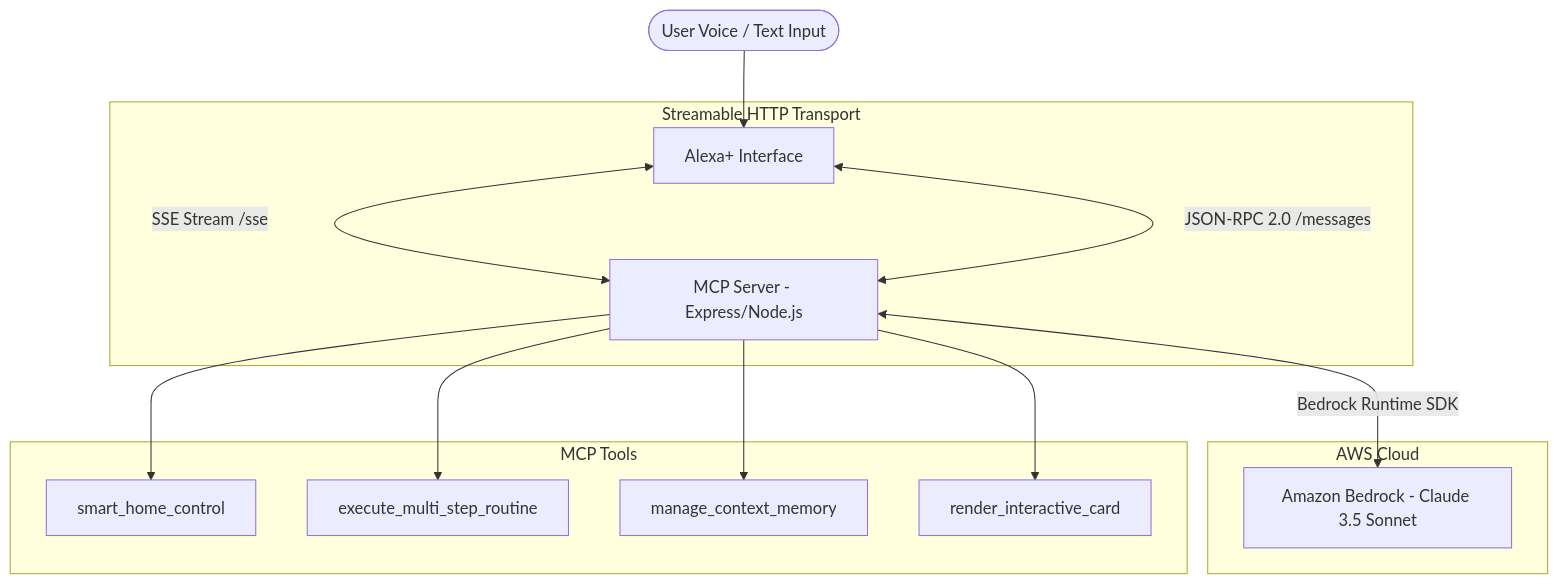
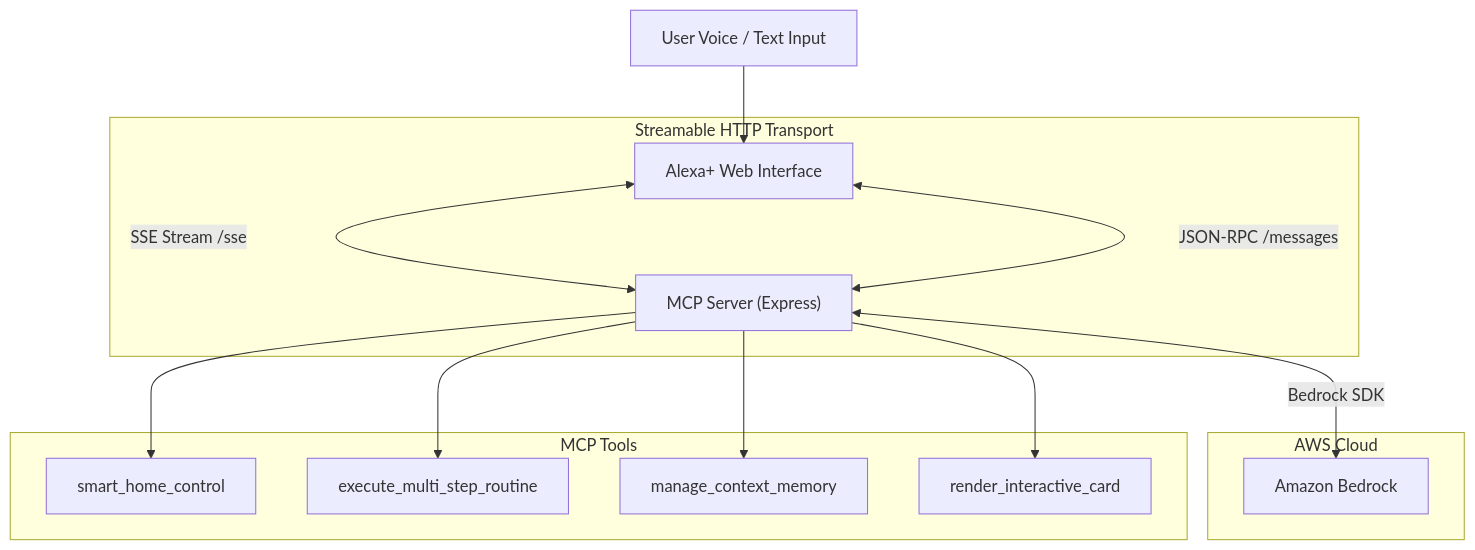
One commit to Sidopolis/ambient-alexa-mcp changed the diagram in README.md. Above: the diagram before and after it, drawn with Mermaid. The commit also changed other lines of this file and 3 other files, not shown here.

````diff
--- a/README.md
+++ b/README.md
@@ -22,20 +21,20 @@
 ```mermaid
 graph TD
-    User(["User Voice / Text Input"]) --> Client["Alexa+ Interface"]
+    User["User Voice / Text Input"] --> Client["Alexa+ Web Interface"]
 
     subgraph Transport["Streamable HTTP Transport"]
-        Client <-->|"SSE Stream /sse"| MCP["MCP Server - Express/Node.js"]
-        Client <-->|"JSON-RPC 2.0 /messages"| MCP
+        Client <-->|"SSE Stream /sse"| MCP["MCP Server (Express)"]
+        Client <-->|"JSON-RPC /messages"| MCP
     end
 
     subgraph AWS["AWS Cloud"]
-        MCP <-->|"Bedrock Runtime SDK"| Bedrock["Amazon Bedrock - Claude 3.5 Sonnet"]
+        MCP <-->|"Bedrock SDK"| Bedrock["Amazon Bedrock"]
     end
 
     subgraph Tools["MCP Tools"]
         MCP --> T1["smart_home_control"]
         MCP --> T2["execute_multi_step_routine"]
         MCP --> T3["manage_context_memory"]
         MCP --> T4["render_interactive_card"]
     end
 ```
````
